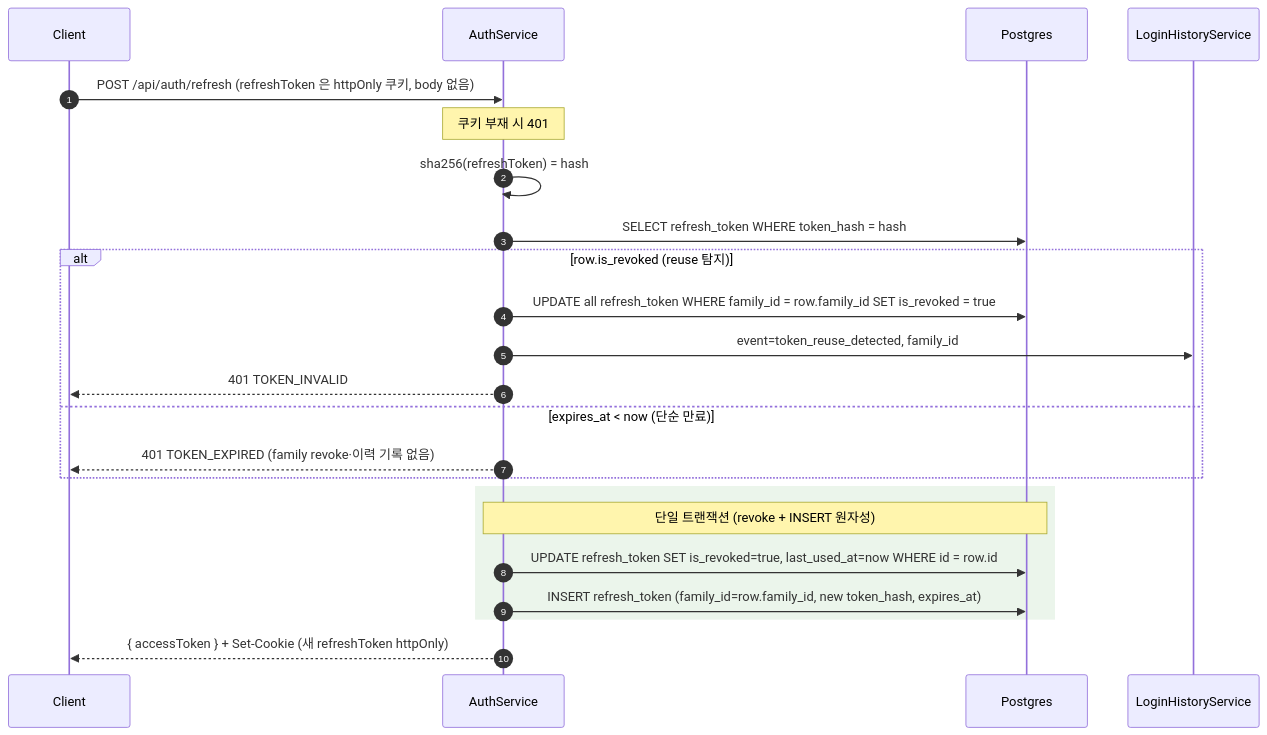
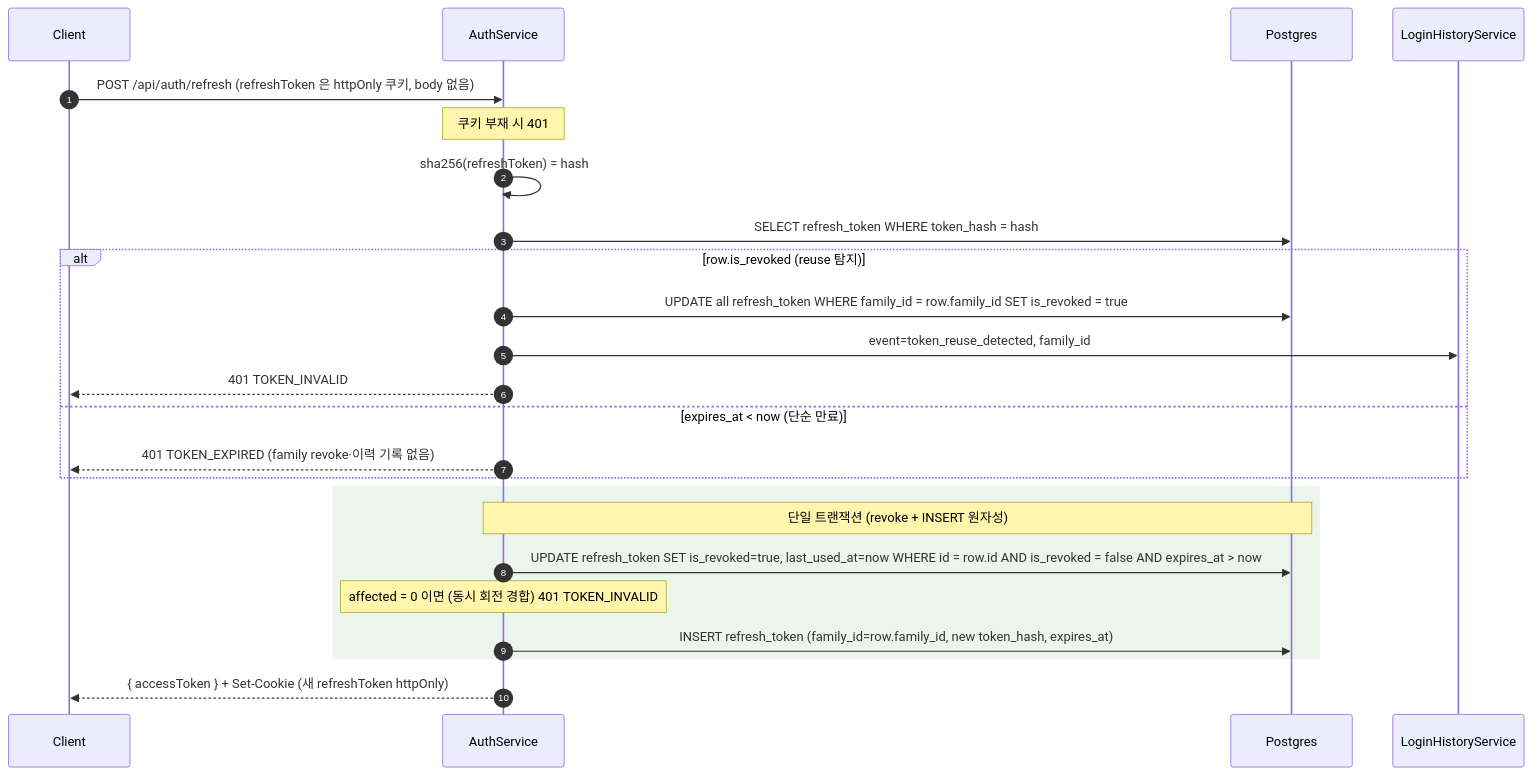
Before and after one commit to worker-ants/clemvion: the fourth of 6 diagrams in spec/data-flow/2-auth.md, drawn with Mermaid. The commit also changed 2 other files, not shown here.

Commit message:
refactor(auth): 2차 ai-review 반영 — 테스트 단언·spec 다이어그램·주석 정리 (05 C-1)
- W2: 롤백 테스트에 조건부 revoke 시도 단언(update WHERE is_revoked=false) 추가.
- W4: DataSource.transaction mock 의 mockRefreshTokenRepo 클로저 캡처 주석.
- W3: generateTokens 영어 인라인 주석 → 한국어 통일.
- INFO1(SPEC-DRIFT): §1.4 다이어그램 UPDATE 를 조건부(is_revoked=false AND expires_at>now)
  + affected=0 시 TOKEN_INVALID note 로 갱신.
- INFO2: 트랜잭션 콜백 single now 재사용. INFO10: affected falsy 거부 의도 주석.
- INFO16: refresh() JSDoc(reuse/만료/정상회전 3분기 + 원자성).

lint/unit(193)/build/e2e(188) 재통과.

````diff
--- a/spec/data-flow/2-auth.md
+++ b/spec/data-flow/2-auth.md
@@ -149,26 +149,27 @@
 ```mermaid
 sequenceDiagram
   autonumber
   participant C as Client
   participant Svc as AuthService
   participant PG as Postgres
   participant Hist as LoginHistoryService
 
   C->>Svc: POST /api/auth/refresh (refreshToken 은 httpOnly 쿠키, body 없음)
   Note over Svc: 쿠키 부재 시 401
   Svc->>Svc: sha256(refreshToken) = hash
   Svc->>PG: SELECT refresh_token WHERE token_hash = hash
   alt row.is_revoked (reuse 탐지)
     Svc->>PG: UPDATE all refresh_token WHERE family_id = row.family_id SET is_revoked = true
     Svc->>Hist: event=token_reuse_detected, family_id
     Svc-->>C: 401 TOKEN_INVALID
   else expires_at < now (단순 만료)
     Svc-->>C: 401 TOKEN_EXPIRED (family revoke·이력 기록 없음)
   end
   rect rgb(235, 245, 235)
     Note over Svc,PG: 단일 트랜잭션 (revoke + INSERT 원자성)
-    Svc->>PG: UPDATE refresh_token SET is_revoked=true, last_used_at=now WHERE id = row.id
+    Svc->>PG: UPDATE refresh_token SET is_revoked=true, last_used_at=now WHERE id = row.id AND is_revoked = false AND expires_at > now
+    Note over Svc: affected = 0 이면 (동시 회전 경합) 401 TOKEN_INVALID
     Svc->>PG: INSERT refresh_token (family_id=row.family_id, new token_hash, expires_at)
   end
   Svc-->>C: { accessToken } + Set-Cookie (새 refreshToken httpOnly)
 ```
````
